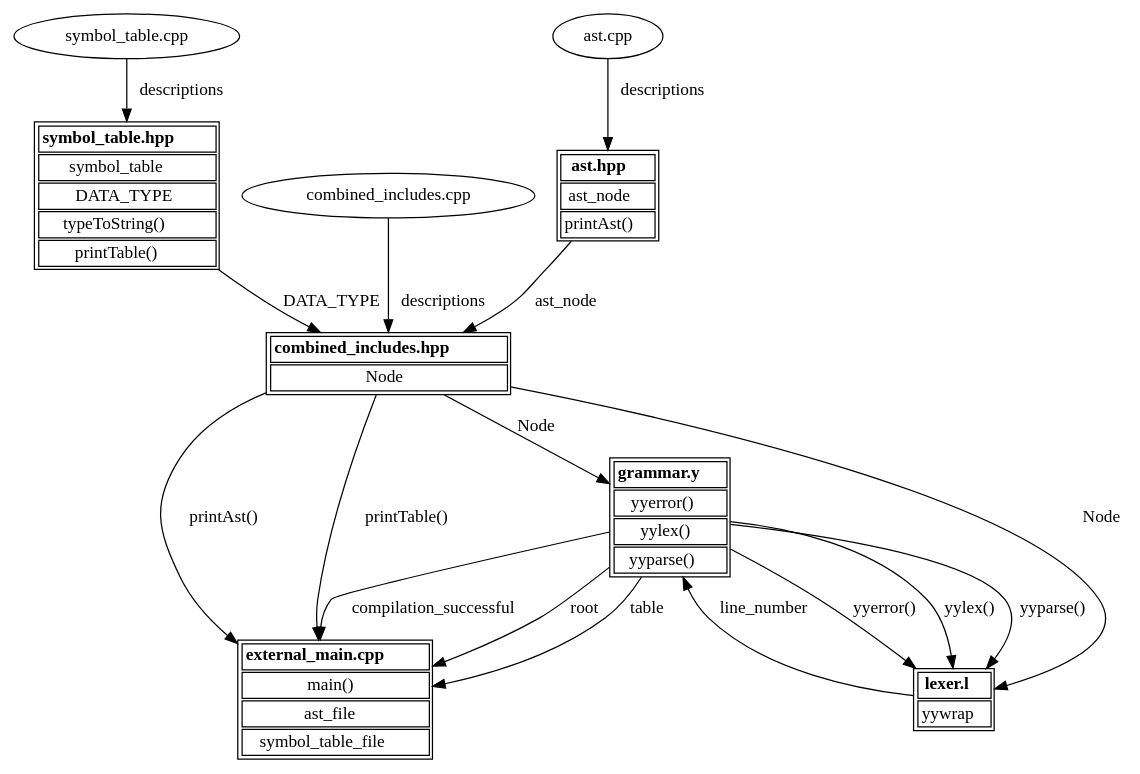
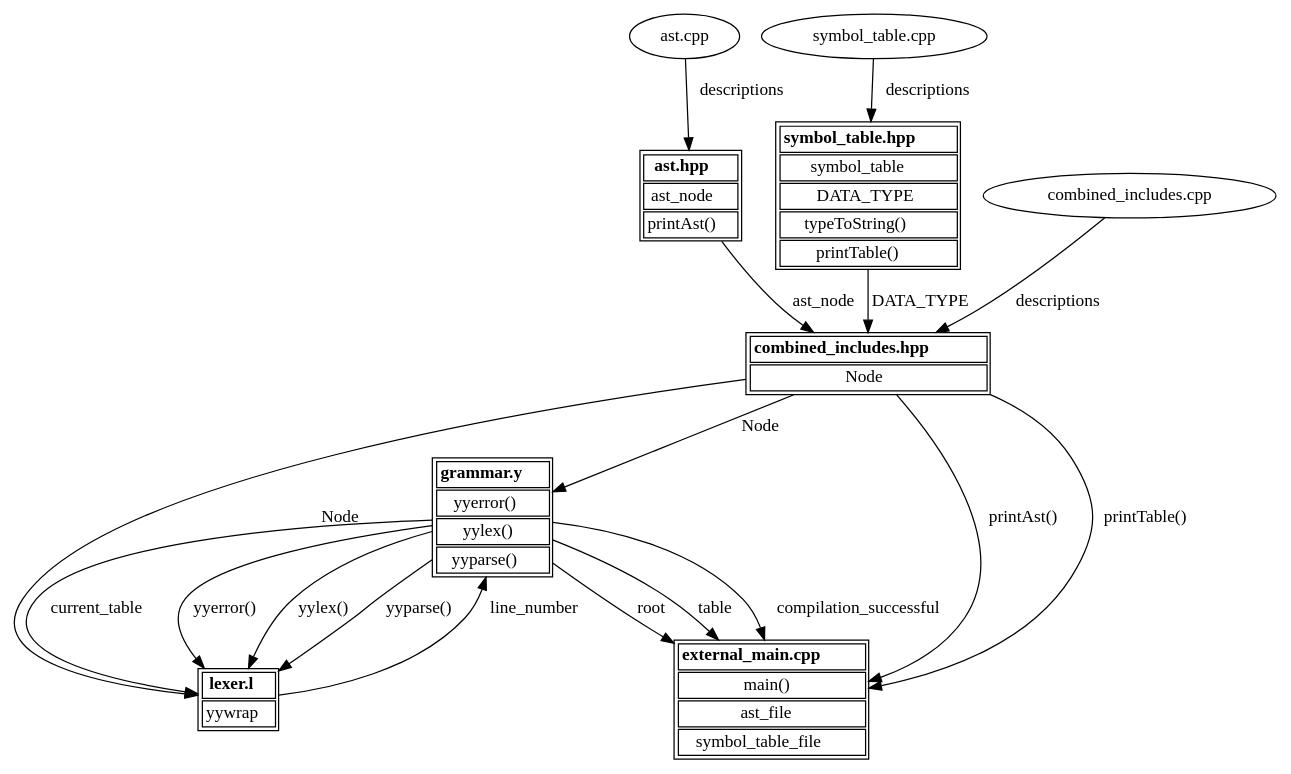
The diagram in Source/program.gv (philXcode2/Toy-Plus-Plus), drawn with Graphviz before and after one commit. The commit also changed 16 other files, not shown here.

```diff
--- a/Source/program.gv
+++ b/Source/program.gv
@@ -1,70 +1,71 @@
 digraph program {
     ast_hpp [shape=plain label=<
         <table>
             <tr><td><b>ast.hpp</b></td></tr>
             <tr><td>ast_node</td></tr>
             <tr><td>printAst()</td></tr>
         </table>
     >]
     ast_cpp [label="ast.cpp"]
     ast_cpp -> ast_hpp [label="descriptions"]
 
     symbol_table_hpp [shape=plain label=<
         <table>
             <tr><td><b>symbol_table.hpp</b></td></tr>
             <tr><td>symbol_table</td></tr>
             <tr><td>DATA_TYPE</td></tr>
             <tr><td>typeToString()</td></tr>
             <tr><td>printTable()</td></tr>
         </table>
     >]
     symbol_table_cpp [label="symbol_table.cpp"]
     symbol_table_cpp -> symbol_table_hpp [label="descriptions"]
 
     combined_includes_hpp [shape=plain label=<
         <table>
             <tr><td><b>combined_includes.hpp</b></td></tr>
             <tr><td>Node</td></tr>
         </table>
     >]
     combined_includes_cpp [label="combined_includes.cpp"]
     combined_includes_cpp -> combined_includes_hpp [label="descriptions"]
     ast_hpp -> combined_includes_hpp [label="ast_node"]
     symbol_table_hpp -> combined_includes_hpp [label="DATA_TYPE"]
 
     grammar [shape=plain label=<
         <table>
             <tr><td><b>grammar.y</b></td></tr>
             <tr><td>yyerror()</td></tr>
             <tr><td>yylex()</td></tr>
             <tr><td>yyparse()</td></tr>
         </table>
     >]
     lexer -> grammar [label="line_number"]
     combined_includes_hpp -> grammar [label="Node"]
 
     lexer [shape=plain label=<
         <table>
             <tr><td><b>lexer.l</b></td></tr>
             <tr><td>yywrap</td></tr>
         </table>
     >]
     combined_includes_hpp -> lexer [label="Node"]
+    grammar -> lexer [label="current_table"]
     grammar -> lexer [label="yyerror()"]
     grammar -> lexer [label="yylex()"]
     grammar -> lexer [label="yyparse()"]
 
     main [shape=plain label=<
         <table>
             <tr><td><b>external_main.cpp</b></td></tr>
             <tr><td>main()</td></tr>
             <tr><td>ast_file</td></tr>
             <tr><td>symbol_table_file</td></tr>
         </table>
     >]
     grammar -> main [label="root"]
     grammar -> main [label="table"]
     grammar -> main [label="compilation_successful"]
     combined_includes_hpp -> main [label="printAst()"]
     combined_includes_hpp -> main [label="printTable()"]
 }
```
